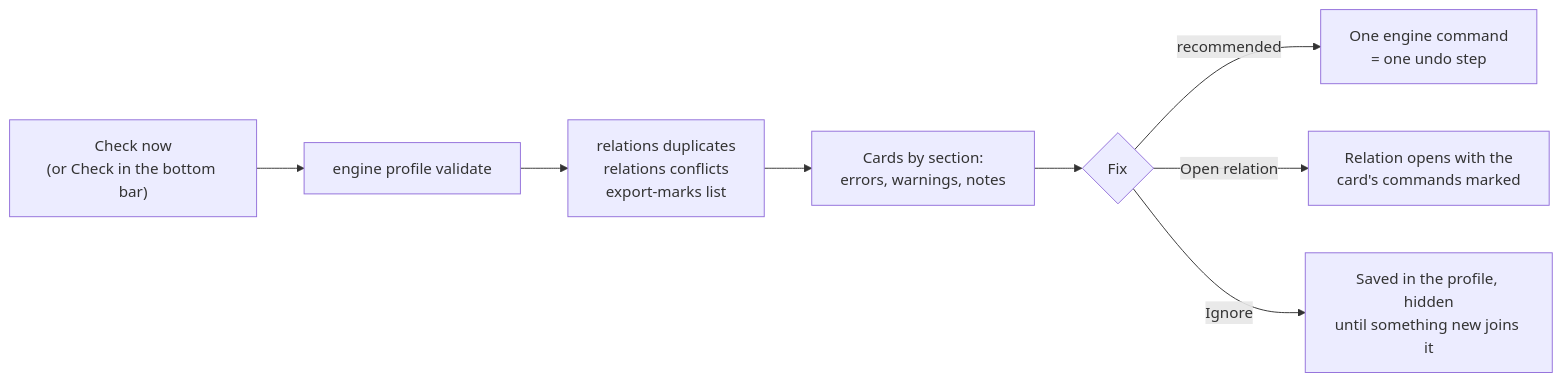
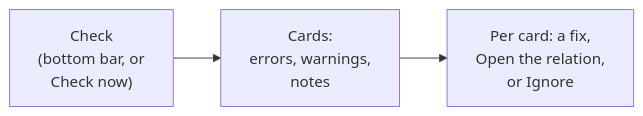
One commit to Holdi601/JoystickProfiler2 changed the diagram in website/content/flows/check.md. Above: the diagram before and after it, drawn with Mermaid. The commit also changed 718 other files, not shown here.

````diff
--- a/website/content/flows/check.md
+++ b/website/content/flows/check.md
@@ -15,10 +15,6 @@
 ```mermaid
+%% caption: The Check only looks and never blocks an export. Every fix is one step that Ctrl+Z takes back.
 flowchart LR
-  A["Check now<br/>(or Check in the bottom bar)"] --> B["engine profile validate"]
-  B --> C["relations duplicates<br/>relations conflicts<br/>export-marks list"]
-  C --> D["Cards by section:<br/>errors, warnings, notes"]
-  D --> E{"Fix"}
-  E -->|recommended| F["One engine command<br/>= one undo step"]
-  E -->|Open relation| G["Relation opens with the<br/>card's commands marked"]
-  E -->|Ignore| H["Saved in the profile, hidden<br/>until something new joins it"]
+  A["Check<br/>(bottom bar, or<br/>Check now)"] --> B["Cards:<br/>errors, warnings,<br/>notes"]
+  B --> C["Per card: a fix,<br/>Open the relation,<br/>or Ignore"]
 ```
````
